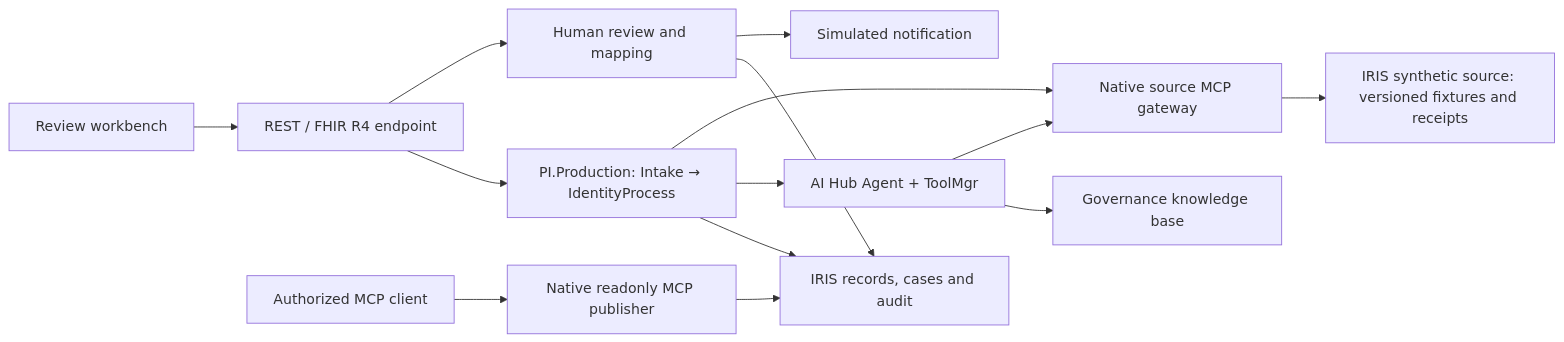
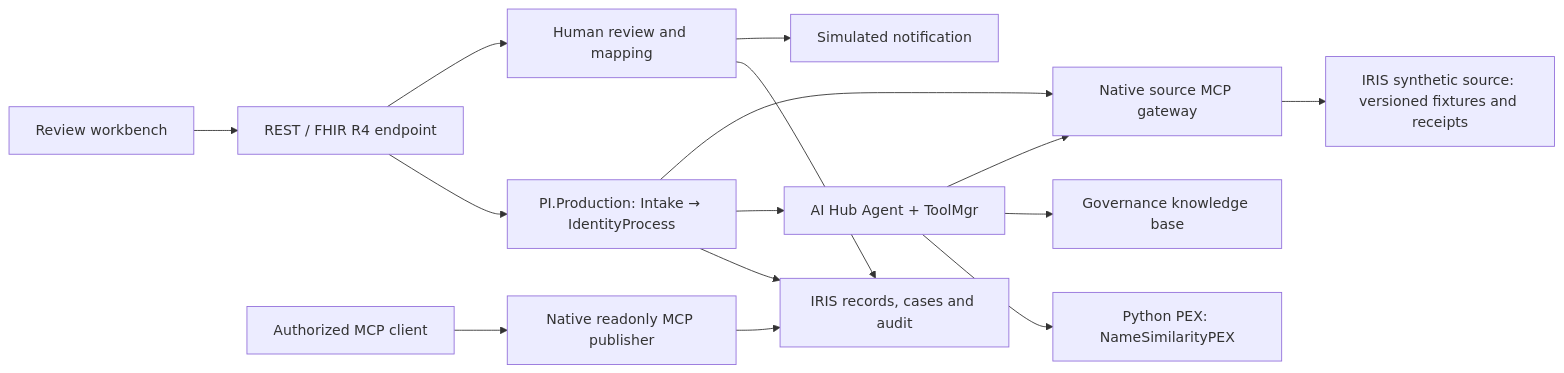
Before and after one commit to boanerges1227/pi-review: the third of 3 diagrams in README.md, drawn with Mermaid. The commit also changed other lines of this file and 13 other files, not shown here.

Commit message:
feat: run identity name comparison through Python PEX

````diff
--- a/README.md
+++ b/README.md
@@ -103,16 +103,17 @@
 ```mermaid
 flowchart LR
     UI["Review workbench"] --> API["REST / FHIR R4 endpoint"]
     API --> PROD["PI.Production: Intake → IdentityProcess"]
     PROD --> STORE["IRIS records, cases and audit"]
     PROD --> AGENT["AI Hub Agent + ToolMgr"]
+    AGENT --> PEX["Python PEX: NameSimilarityPEX"]
     AGENT --> KB["Governance knowledge base"]
     AGENT --> SOURCE["Native source MCP gateway"]
     PROD --> SOURCE
     SOURCE --> FIXTURE["IRIS synthetic source: versioned fixtures and receipts"]
     API --> REVIEW["Human review and mapping"]
     REVIEW --> STORE
     REVIEW --> NOTIFY["Simulated notification"]
     CLIENT["Authorized MCP client"] --> PUB["Native readonly MCP publisher"]
     PUB --> STORE
 ```
````
